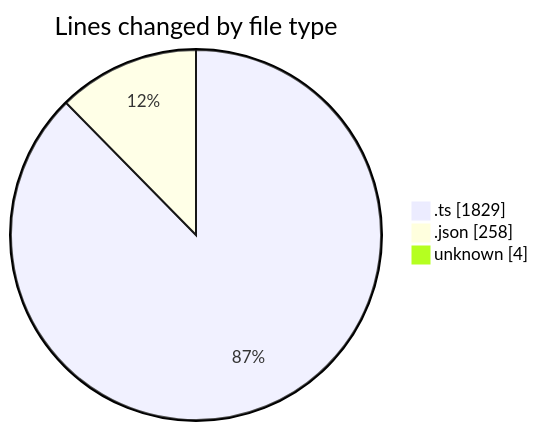
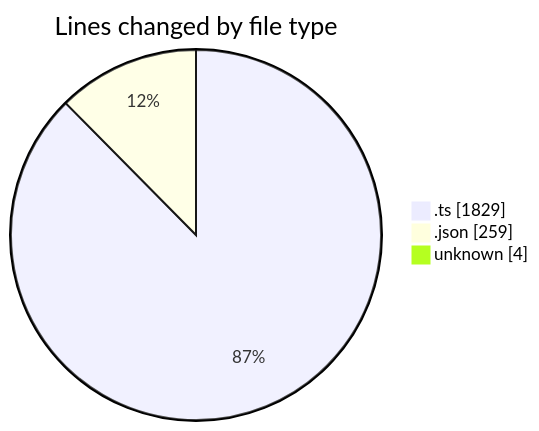
The first of 2 diagrams in 2026-02-03/singularitybrainai/README.md (tmsrecording-cyber/code-tracking), drawn with Mermaid before and after one commit. The commit also changed other lines of this file and 1 other file, not shown here.

````diff
--- a/2026-02-03/singularitybrainai/README.md
+++ b/2026-02-03/singularitybrainai/README.md
@@ -24,7 +24,7 @@
 ```mermaid
 pie showData
 title Lines changed by file type
 ".ts" : 1829
-".json" : 258
+".json" : 259
 "unknown" : 4
 ```
````
